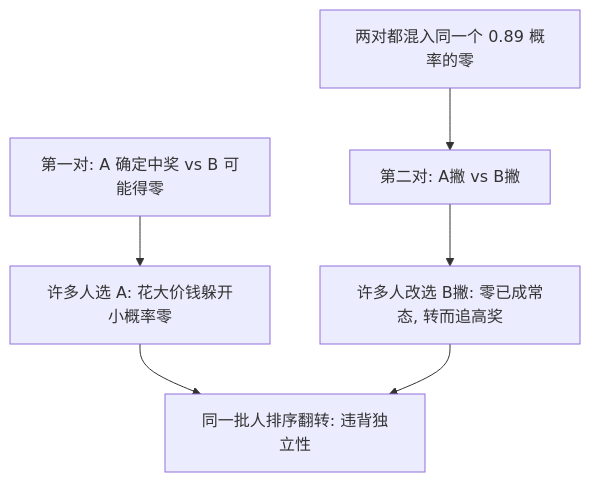
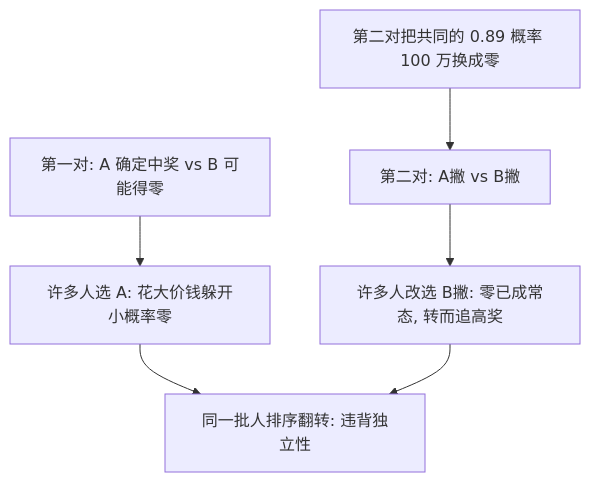
The second of 2 diagrams in docs/econ/allais-independence.md (xhongduo-tech/xhongduo-tech.github.io), drawn with Mermaid before and after one commit. The commit also changed other lines of this file and 6 other files, not shown here.

````diff
--- a/docs/econ/allais-independence.md
+++ b/docs/econ/allais-independence.md
@@ -55,8 +55,8 @@
 ```mermaid
 flowchart TD
   P1["第一对: A 确定中奖 vs B 可能得零"] --> C1["许多人选 A: 花大价钱躲开小概率零"]
-  MIX["两对都混入同一个 0.89 概率的零"] --> P2["第二对: A撇 vs B撇"]
+  MIX["第二对把共同的 0.89 概率 100 万换成零"] --> P2["第二对: A撇 vs B撇"]
   P2 --> C2["许多人改选 B撇: 零已成常态, 转而追高奖"]
   C1 --> V["同一批人排序翻转: 违背独立性"]
   C2 --> V
 ```
````
